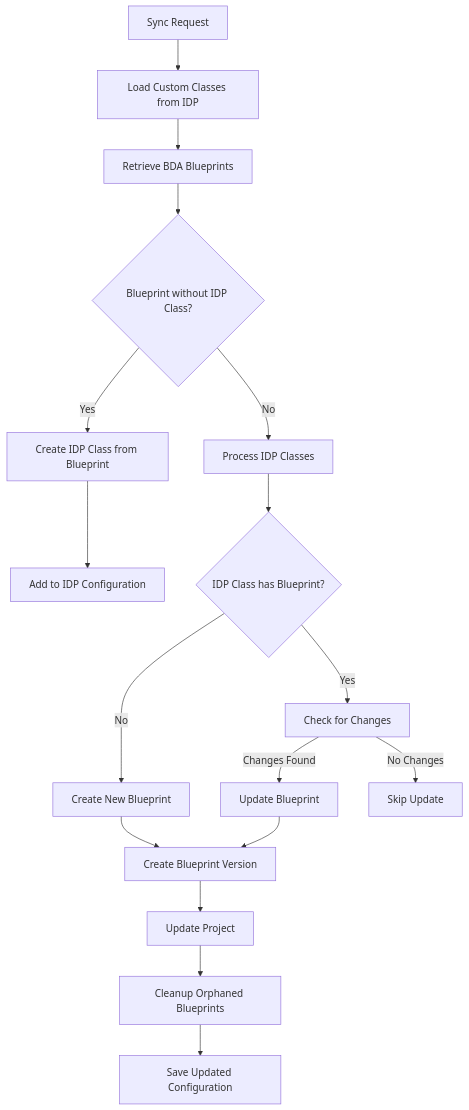
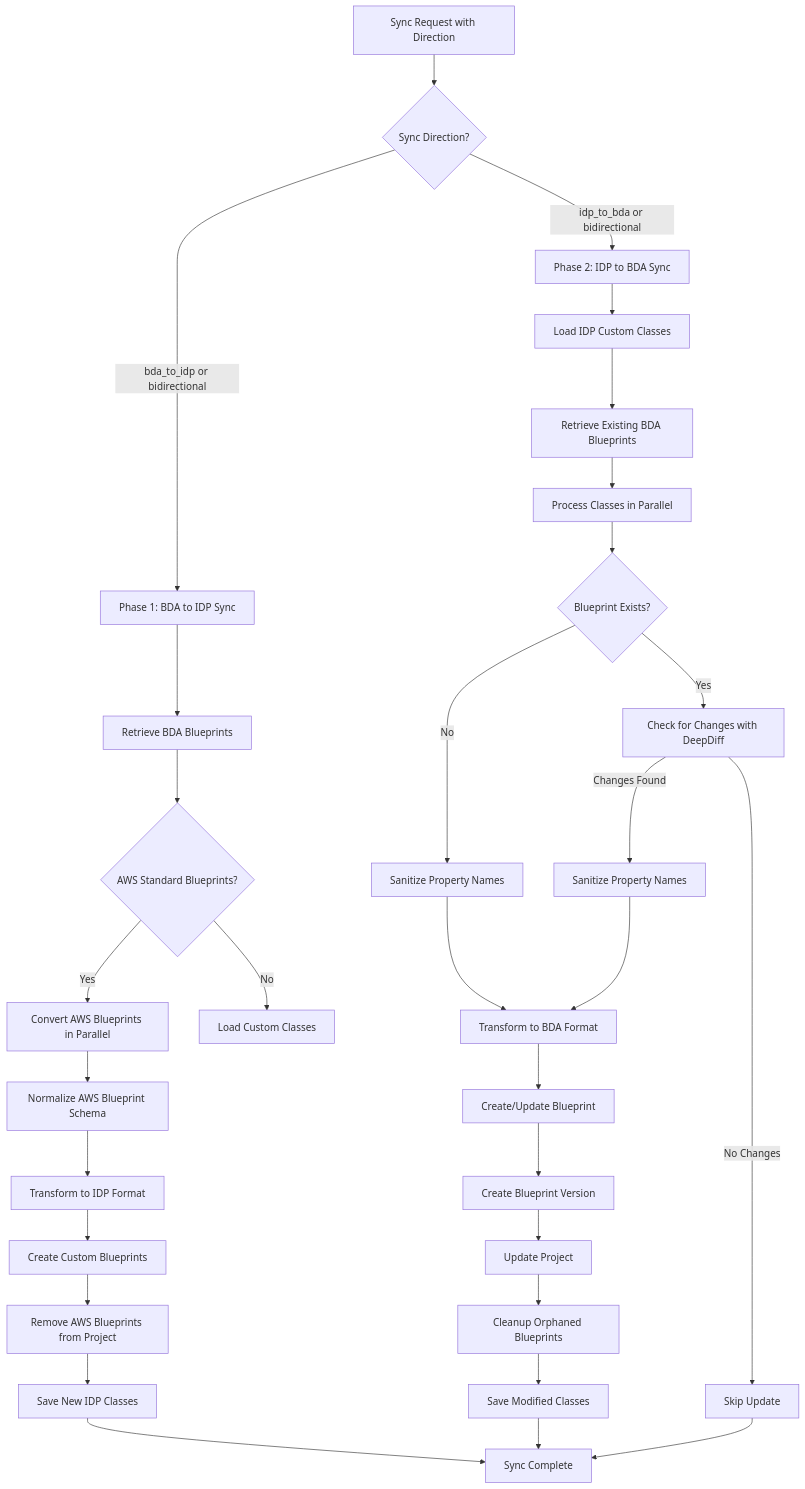
One commit to vawsgit/accelerated-intelligent-document-processing-on-aws changed the third of 3 diagrams in docs/discovery.md. Above: the diagram before and after it, drawn with Mermaid. The commit also changed other lines of this file and 48 other files, not shown here.

Commit message:
Enhanced BDA to IDP Sync feature to handle AWS standard blueprints and...

````diff
--- a/docs/discovery.md
+++ b/docs/discovery.md
@@ -1260,19 +1264,36 @@
 ```mermaid
 graph TD
-    A[Sync Request] --> B[Load Custom Classes from IDP]
-    B --> C[Retrieve BDA Blueprints]
-    C --> D{Blueprint without IDP Class?}
-    D -->|Yes| E[Create IDP Class from Blueprint]
-    D -->|No| F[Process IDP Classes]
-    E --> G[Add to IDP Configuration]
-    F --> H{IDP Class has Blueprint?}
-    H -->|Yes| I[Check for Changes]
-    H -->|No| J[Create New Blueprint]
-    I -->|Changes Found| K[Update Blueprint]
-    I -->|No Changes| L[Skip Update]
-    J --> M[Create Blueprint Version]
-    K --> M
-    M --> N[Update Project]
-    N --> O[Cleanup Orphaned Blueprints]
-    O --> P[Save Updated Configuration]
+    A[Sync Request with Direction] --> B{Sync Direction?}
+    B -->|bda_to_idp or bidirectional| C[Phase 1: BDA to IDP Sync]
+    B -->|idp_to_bda or bidirectional| D[Phase 2: IDP to BDA Sync]
+    
+    C --> E[Retrieve BDA Blueprints]
+    E --> F{AWS Standard Blueprints?}
+    F -->|Yes| G[Convert AWS Blueprints in Parallel]
+    F -->|No| H[Load Custom Classes]
+    G --> I[Normalize AWS Blueprint Schema]
+    I --> J[Transform to IDP Format]
+    J --> K[Create Custom Blueprints]
+    K --> L[Remove AWS Blueprints from Project]
+    L --> M[Save New IDP Classes]
+    
+    D --> N[Load IDP Custom Classes]
+    N --> O[Retrieve Existing BDA Blueprints]
+    O --> P[Process Classes in Parallel]
+    P --> Q{Blueprint Exists?}
+    Q -->|Yes| R[Check for Changes with DeepDiff]
+    Q -->|No| S[Sanitize Property Names]
+    R -->|Changes Found| T[Sanitize Property Names]
+    R -->|No Changes| U[Skip Update]
+    S --> V[Transform to BDA Format]
+    T --> V
+    V --> W[Create/Update Blueprint]
+    W --> X[Create Blueprint Version]
+    X --> Y[Update Project]
+    Y --> Z[Cleanup Orphaned Blueprints]
+    Z --> AA[Save Modified Classes]
+    
+    M --> AB[Sync Complete]
+    AA --> AB
+    U --> AB
 ```
````
